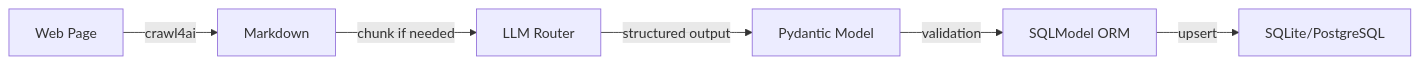
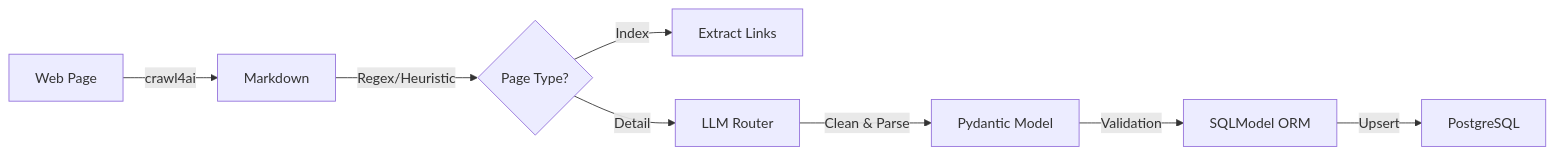
One commit to dlfkid/uni-admission-agent changed the diagram in PROJECT_CONTEXT.md. Above: the diagram before and after it, drawn with Mermaid. The commit also changed other lines of this file and 13 other files, not shown here.

````diff
--- a/PROJECT_CONTEXT.md
+++ b/PROJECT_CONTEXT.md
@@ -82,8 +65,10 @@
 ```mermaid
 flowchart LR
     A[Web Page] -->|crawl4ai| B[Markdown]
-    B -->|chunk if needed| C[LLM Router]
-    C -->|structured output| D[Pydantic Model]
-    D -->|validation| E[SQLModel ORM]
-    E -->|upsert| F[SQLite/PostgreSQL]
+    B -->|Regex/Heuristic| C{Page Type?}
+    C -->|Index| D[Extract Links]
+    C -->|Detail| E[LLM Router]
+    E -->|Clean & Parse| F[Pydantic Model]
+    F -->|Validation| G[SQLModel ORM]
+    G -->|Upsert| H[PostgreSQL]
 ```
````
